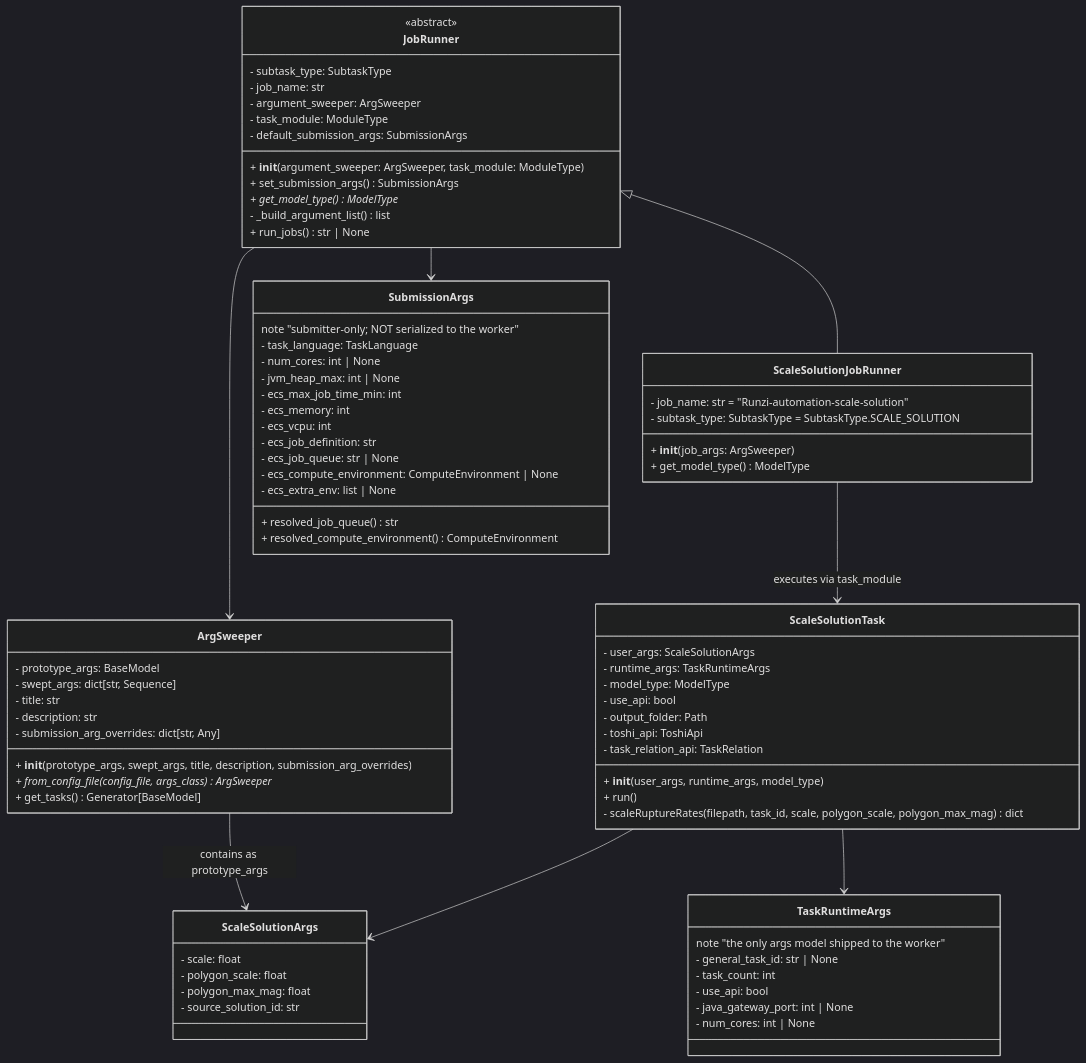
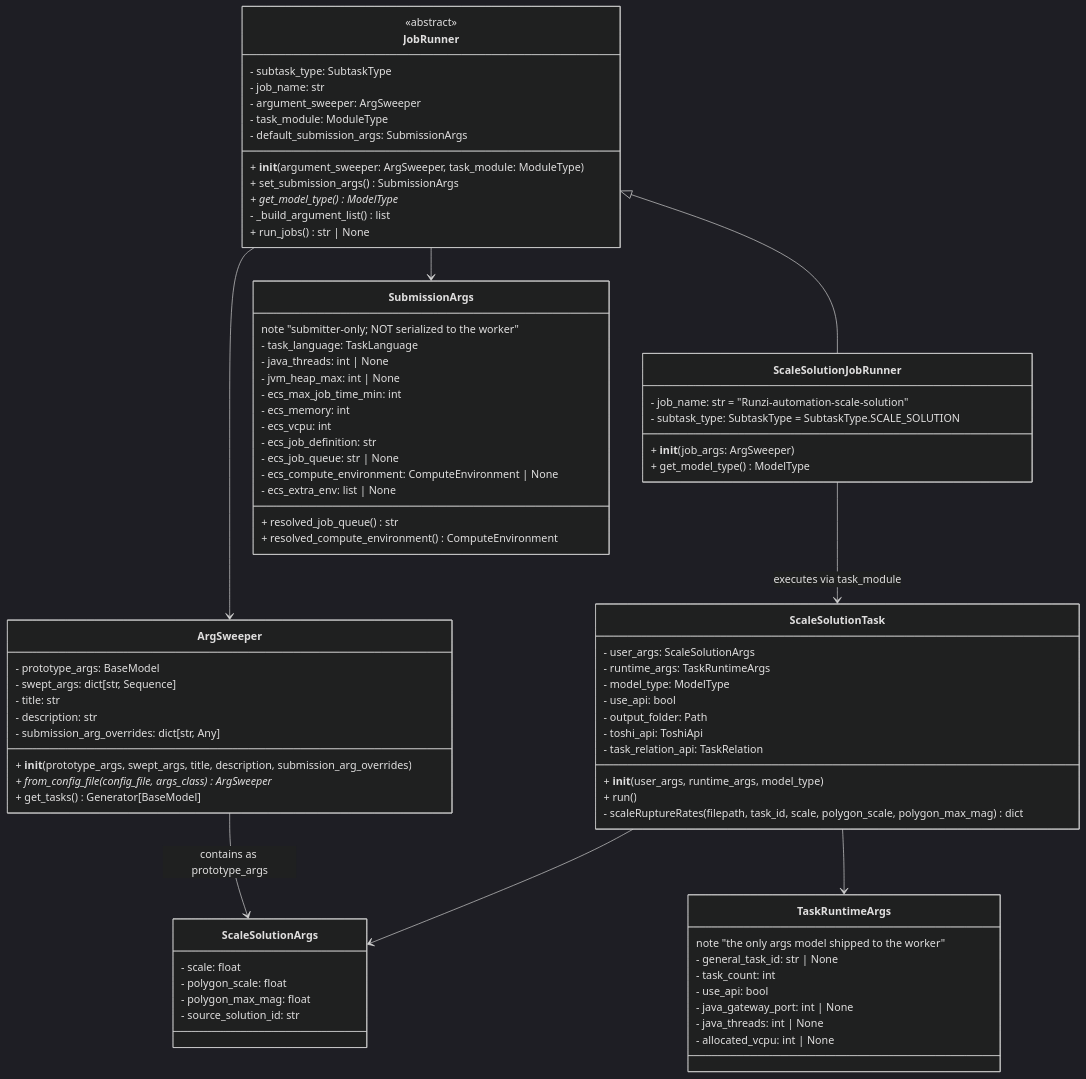
Before and after one commit to GNS-Science/nzshm-runzi: the diagram in docs/architecture/architecture.md, drawn with Mermaid (dark theme). The commit also changed 29 other files, not shown here.

First line of the commit message:
refactor(args): derive OpenQuake core cap from ecs_vcpu, revert num_cores rename (ADR-0012, #344)

```diff
--- a/docs/architecture/architecture.md
+++ b/docs/architecture/architecture.md
@@ -39,7 +39,7 @@
     class SubmissionArgs {
         note "submitter-only; NOT serialized to the worker"
         - task_language: TaskLanguage
-        - num_cores: int | None
+        - java_threads: int | None
         - jvm_heap_max: int | None
         - ecs_max_job_time_min: int
         - ecs_memory: int
@@ -58,7 +58,8 @@
         - task_count: int
         - use_api: bool
         - java_gateway_port: int | None
-        - num_cores: int | None
+        - java_threads: int | None
+        - allocated_vcpu: int | None
     }
     
     class ScaleSolutionArgs {
```
